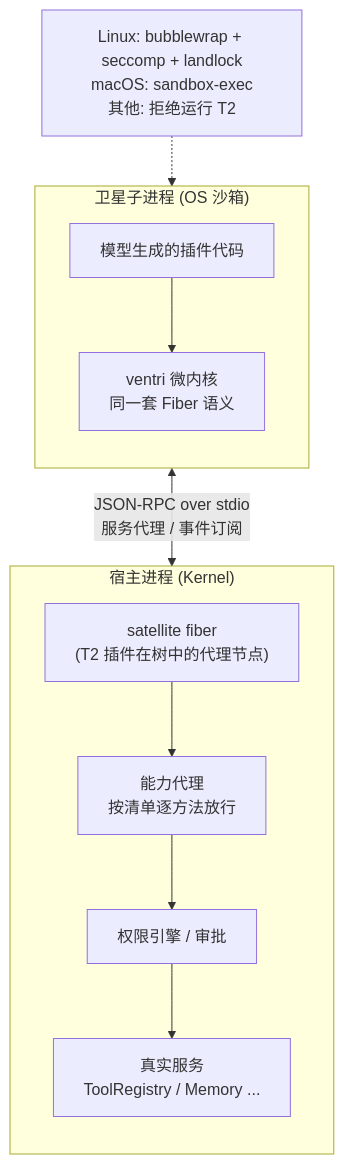
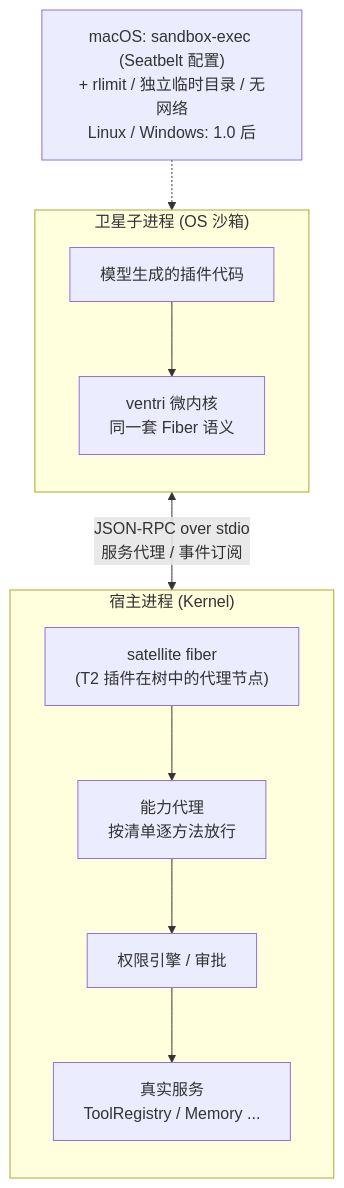
Before and after one commit to lzw12w/ventri: the sixth of 10 diagrams in docs/DESIGN.md, drawn with Mermaid. The commit also changed other lines of this file and 13 other files, not shown here.

````diff
--- a/docs/DESIGN.md
+++ b/docs/DESIGN.md
@@ -481,19 +493,19 @@
 ```mermaid
 flowchart TB
   subgraph host["宿主进程 (Kernel)"]
     direction TB
     sf["satellite fiber<br/>(T2 插件在树中的代理节点)"]
     cap["能力代理<br/>按清单逐方法放行"]
     perm2["权限引擎 / 审批"]
     svc["真实服务<br/>ToolRegistry / Memory ..."]
     sf --> cap --> perm2 --> svc
   end
   subgraph sat["卫星子进程 (OS 沙箱)"]
     direction TB
     mini["ventri 微内核<br/>同一套 Fiber 语义"]
     code["模型生成的插件代码"]
     code --> mini
   end
   mini <-->|"JSON-RPC over stdio<br/>服务代理 / 事件订阅"| sf
-  os["Linux: bubblewrap + seccomp + landlock<br/>macOS: sandbox-exec<br/>其他: 拒绝运行 T2"] -.-> sat
+  os["macOS: sandbox-exec (Seatbelt 配置)<br/>+ rlimit / 独立临时目录 / 无网络<br/>Linux / Windows: 1.0 后"] -.-> sat
 ```
````
